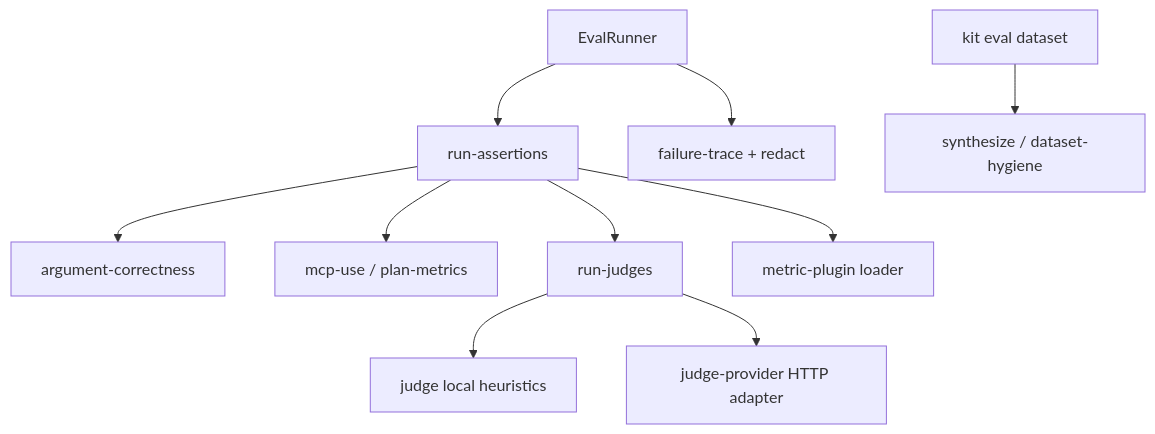
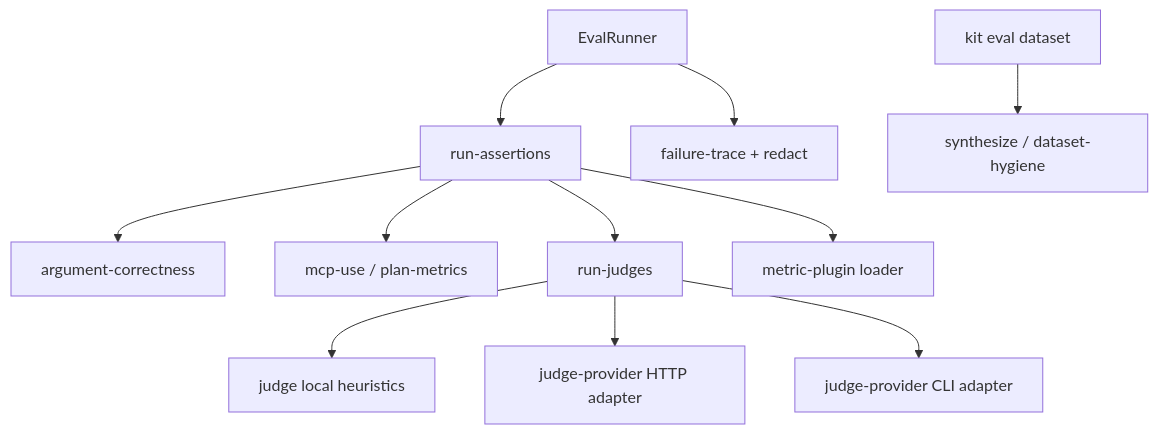
The diagram in evals/edd/README.md (mzworthington/agent-lifecycle-kit), drawn with Mermaid before and after one commit. The commit also changed other lines of this file and 9 other files, not shown here.

First line of the commit message:
feat(edd): add http/cli/heuristic judge completion backends

````diff
--- a/evals/edd/README.md
+++ b/evals/edd/README.md
@@ -80,22 +80,24 @@
 ```mermaid
 flowchart TB
   runner[EvalRunner]
   assert[run-assertions]
   arg[argument-correctness]
   mcp[mcp-use / plan-metrics]
   synth[synthesize / dataset-hygiene]
   orch[run-judges]
   pure[judge local heuristics]
   http[judge-provider HTTP adapter]
+  cli[judge-provider CLI adapter]
   plug[metric-plugin loader]
   trace[failure-trace + redact]
   runner --> assert
   assert --> arg
   assert --> mcp
   assert --> orch
   assert --> plug
   orch --> pure
   orch --> http
+  orch --> cli
   runner --> trace
-  cli[kit eval dataset] --> synth
+  cli_cmd[kit eval dataset] --> synth
 ```
````
